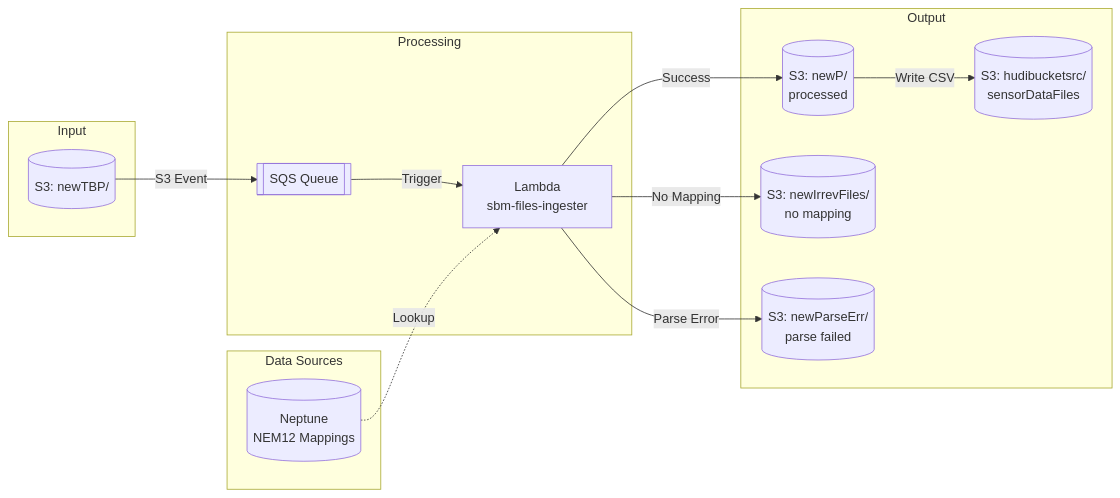
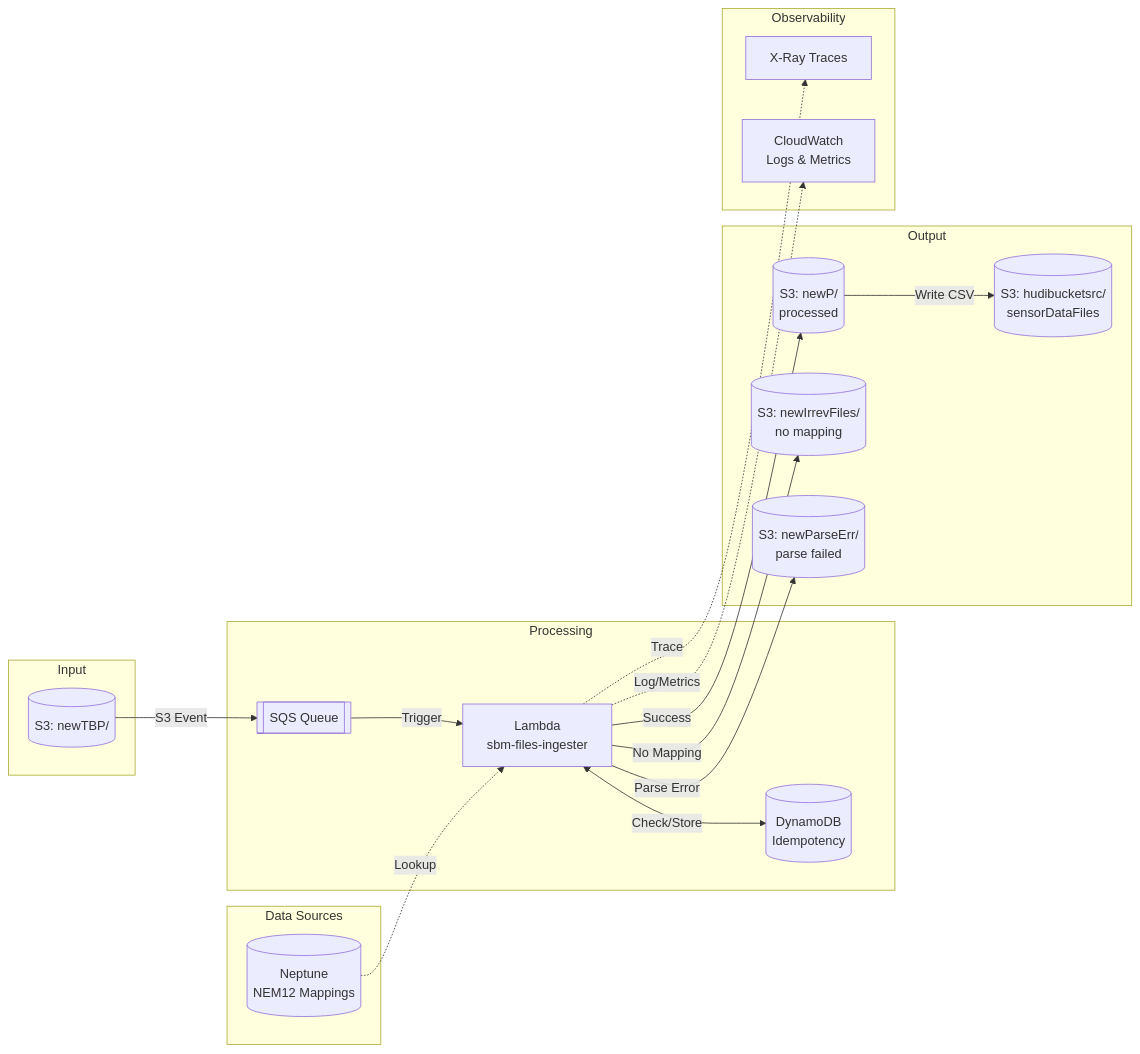
One commit to GrosvenorEngineeringGroup/sbm-ingester changed the diagram in README.md. Above: the diagram before and after it, drawn with Mermaid. The commit also changed other lines of this file and 31 other files, not shown here.

````diff
--- a/README.md
+++ b/README.md
@@ -98,30 +105,39 @@
 ```mermaid
 flowchart LR
     subgraph Input
         S3_IN[("S3: newTBP/")]
     end
 
     subgraph Processing
         SQS[["SQS Queue"]]
         Lambda["Lambda<br/>sbm-files-ingester"]
+        DDB[("DynamoDB<br/>Idempotency")]
     end
 
     subgraph Output
         S3_OK[("S3: newP/<br/>processed")]
         S3_IRR[("S3: newIrrevFiles/<br/>no mapping")]
         S3_ERR[("S3: newParseErr/<br/>parse failed")]
         S3_DATA[("S3: hudibucketsrc/<br/>sensorDataFiles")]
     end
 
     subgraph Data Sources
         Neptune[("Neptune<br/>NEM12 Mappings")]
     end
 
+    subgraph Observability
+        XRay["X-Ray Traces"]
+        CW["CloudWatch<br/>Logs & Metrics"]
+    end
+
     S3_IN -->|"S3 Event"| SQS
     SQS -->|"Trigger"| Lambda
+    Lambda <-->|"Check/Store"| DDB
     Lambda -->|"Success"| S3_OK
     Lambda -->|"No Mapping"| S3_IRR
     Lambda -->|"Parse Error"| S3_ERR
     S3_OK -->|"Write CSV"| S3_DATA
     Neptune -.->|"Lookup"| Lambda
+    Lambda -.->|"Trace"| XRay
+    Lambda -.->|"Log/Metrics"| CW
 ```
````
